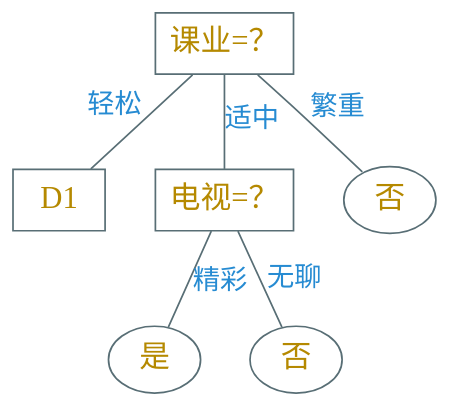
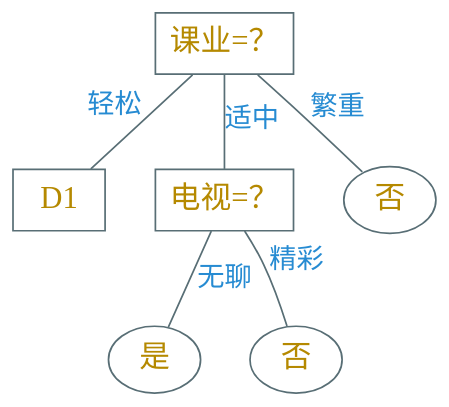
Before and after one commit to Avanti1980/course-ml: the diagram in dot/dt-divide-d1.dot, drawn with Graphviz. The commit also changed 24 other files, not shown here.

```diff
--- a/dot/dt-divide-d1.dot
+++ b/dot/dt-divide-d1.dot
@@ -1,17 +1,18 @@
 digraph g {
     graph [nodesep=0.4, ranksep=0.5]
     bgcolor="transparent"
     node [shape=box color="#586e75" fontcolor="#b58900" fontsize=18 fontname="Ysabeau,LXGWWenKai"]
     edge [color="#586e75" fontcolor="#268bd2" fontsize=16 fontname="Ysabeau,LXGWWenKai" arrowhead=none]
 
     "课业=？" -> "D1" [xlabel="轻松"]
     "课业=？" -> "电视=？" [label="适中"]
 
     node [shape=ellipse]
 
     "课业=？" -> "否" [headlabel="繁重" labeldistance=4]
-    "电视=？" -> "是" [headlabel="精彩" labeldistance=4]
+
+    "电视=？" -> "是" [label="无聊"]
 
     n2 [label="否"]
-    "电视=？" -> n2 [label="无聊"]
+    "电视=？" -> n2 [xlabel="精彩" labeldistance=3]
 }
```
